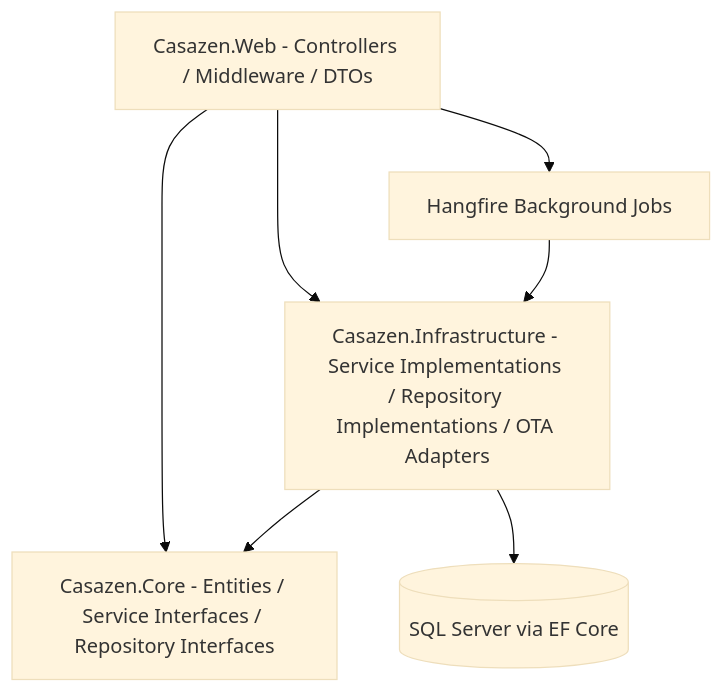
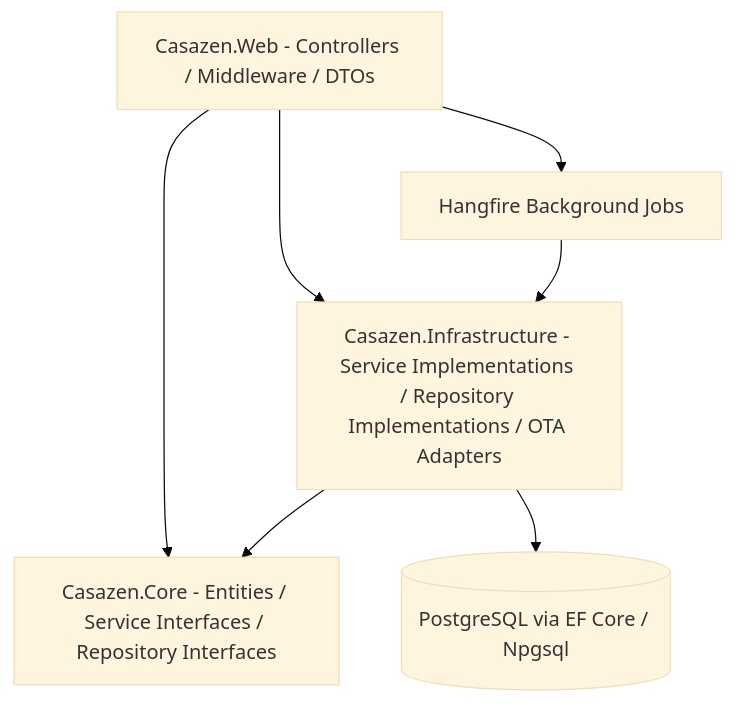
Before and after one commit to casazen/backend: the first of 2 diagrams in docs/TECHNICAL.md, drawn with Mermaid (base theme). The commit also changed other lines of this file and 4 other files, not shown here.

Commit message:
docs: update integration and technical documentation to reflect PostgreSQL migration and adapter changes

````diff
--- a/docs/TECHNICAL.md
+++ b/docs/TECHNICAL.md
@@ -11,9 +11,9 @@
 ```mermaid
 graph TD
     A[Casazen.Web - Controllers / Middleware / DTOs] --> B[Casazen.Core - Entities / Service Interfaces / Repository Interfaces]
     A --> C[Casazen.Infrastructure - Service Implementations / Repository Implementations / OTA Adapters]
     C --> B
-    C --> D[(SQL Server via EF Core)]
+    C --> D[(PostgreSQL via EF Core / Npgsql)]
     A --> E[Hangfire Background Jobs]
     E --> C
 ```
````
